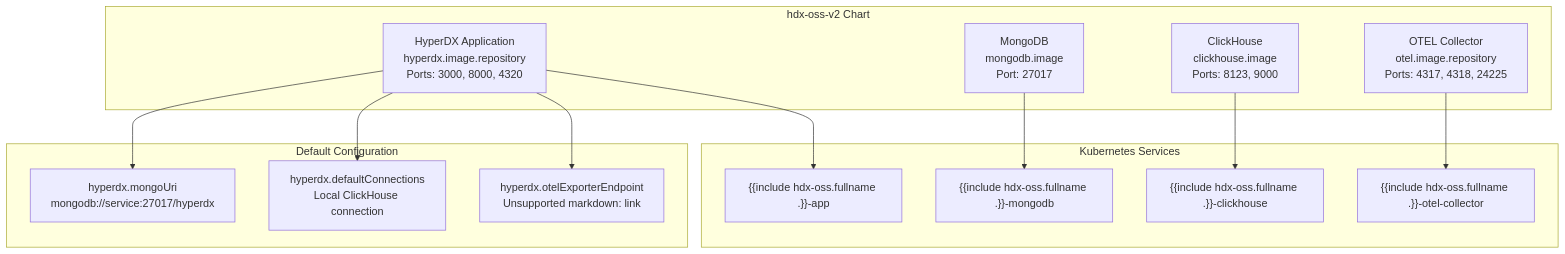
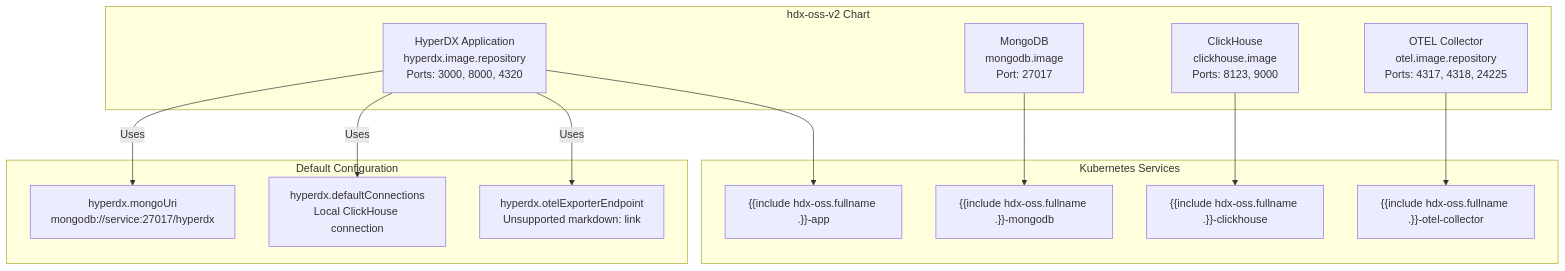
Before and after one commit to openchoreo/openchoreo: the second of 6 diagrams in docs/hyperdxio-helm-charts-docs/Deployment-Scenarios.md, drawn with Mermaid. The commit also changed other lines of this file and 85 other files, not shown here.

Commit message:
feat: Add new workflow and specification templates, update Helm chart dependencies, and clarify documentation diagrams.

````diff
--- a/docs/hyperdxio-helm-charts-docs/Deployment-Scenarios.md
+++ b/docs/hyperdxio-helm-charts-docs/Deployment-Scenarios.md
@@ -85,43 +85,43 @@
 ```mermaid
 flowchart TD
 
 App["HyperDX Application<br>hyperdx.image.repository<br>Ports: 3000, 8000, 4320"]
 Mongo["MongoDB<br>mongodb.image<br>Port: 27017"]
 CH["ClickHouse<br>clickhouse.image<br>Ports: 8123, 9000"]
 OTEL["OTEL Collector<br>otel.image.repository<br>Ports: 4317, 4318, 24225"]
 AppSvc["{{include hdx-oss.fullname .}}-app"]
 MongoSvc["{{include hdx-oss.fullname .}}-mongodb"]
 CHSvc["{{include hdx-oss.fullname .}}-clickhouse"]
 OTELSvc["{{include hdx-oss.fullname .}}-otel-collector"]
 MongoURI["hyperdx.mongoUri<br>mongodb://service:27017/hyperdx"]
 DefaultConn["hyperdx.defaultConnections<br>Local ClickHouse connection"]
 OTELEndpoint["hyperdx.otelExporterEndpoint<br>Unsupported markdown: link"]
 
 App --> AppSvc
 Mongo --> MongoSvc
 CH --> CHSvc
 OTEL --> OTELSvc
-App --> MongoURI
-App --> DefaultConn
-App --> OTELEndpoint
+App -->|"Uses"| MongoURI
+App -->|"Uses"| DefaultConn
+App -->|"Uses"| OTELEndpoint
 
 subgraph Config ["Default Configuration"]
     MongoURI
     DefaultConn
     OTELEndpoint
 end
 
 subgraph Services ["Kubernetes Services"]
     AppSvc
     MongoSvc
     CHSvc
     OTELSvc
 end
 
 subgraph HelmChart ["hdx-oss-v2 Chart"]
     App
     Mongo
     CH
     OTEL
 end
 ```
````
